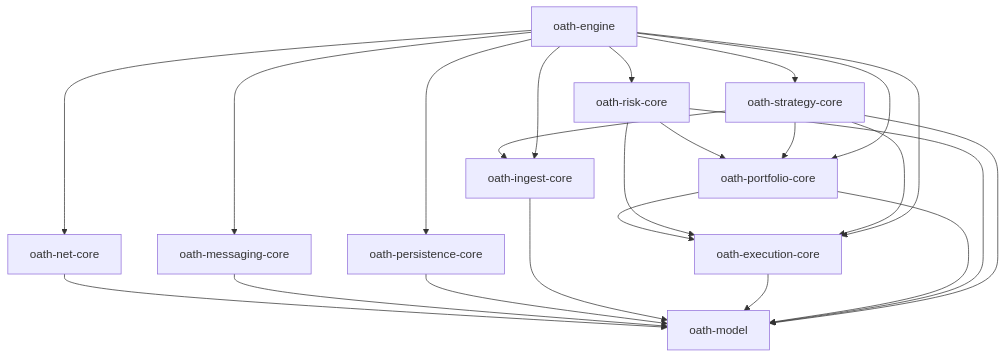
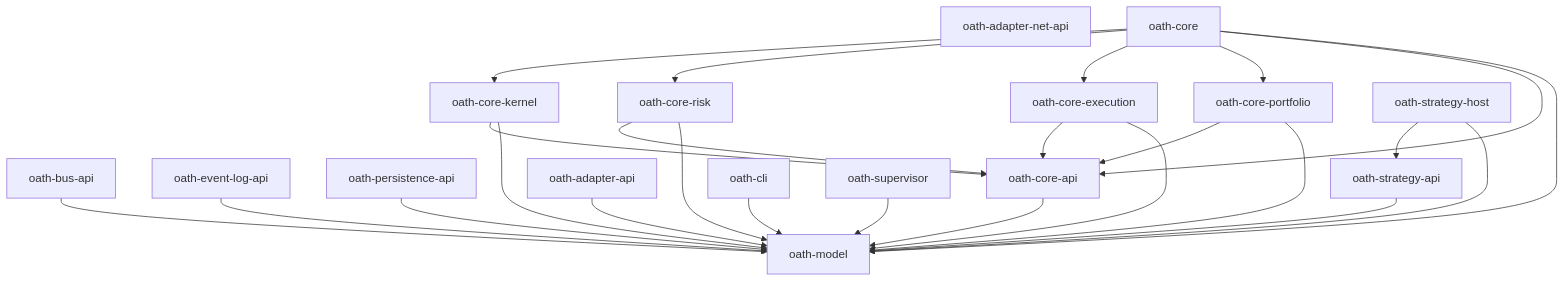
One commit to NotAProfDev/oath changed the diagram in README.md. Above: the diagram before and after it, drawn with Mermaid. The commit also changed other lines of this file and 56 other files, not shown here.

````diff
--- a/README.md
+++ b/README.md
@@ -29,36 +33,33 @@
 ```mermaid
 graph TD
     model[oath-model]
-    net[oath-net-core]
-    msg[oath-messaging-core]
-    per[oath-persistence-core]
-    ing[oath-ingest-core]
-    exe[oath-execution-core]
-    por[oath-portfolio-core]
-    risk[oath-risk-core]
-    strat[oath-strategy-core]
-    eng[oath-engine]
 
-    net --> model
-    msg --> model
-    per --> model
-    ing --> model
+    busapi[oath-bus-api] --> model
+    evlog[oath-event-log-api] --> model
+    perapi[oath-persistence-api] --> model
+    coreapi[oath-core-api] --> model
+    adapterapi[oath-adapter-api] --> model
+    stratapi[oath-strategy-api] --> model
+    netapi[oath-adapter-net-api]
+
+    risk[oath-core-risk] --> coreapi
+    risk --> model
+    exe[oath-core-execution] --> coreapi
     exe --> model
+    por[oath-core-portfolio] --> coreapi
     por --> model
-    por --> exe
-    risk --> model
-    risk --> exe
-    risk --> por
-    strat --> model
-    strat --> ing
-    strat --> exe
-    strat --> por
-    eng --> net
-    eng --> msg
-    eng --> per
-    eng --> ing
-    eng --> exe
-    eng --> por
-    eng --> risk
-    eng --> strat
+    kernel[oath-core-kernel] --> coreapi
+    kernel --> model
+
+    core[oath-core] --> kernel
+    core --> risk
+    core --> exe
+    core --> por
+    core --> coreapi
+    core --> model
+
+    strathost[oath-strategy-host] --> stratapi
+    strathost --> model
+    cli[oath-cli] --> model
+    sup[oath-supervisor] --> model
 ```
````
